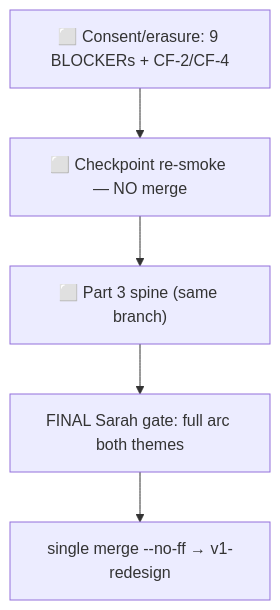
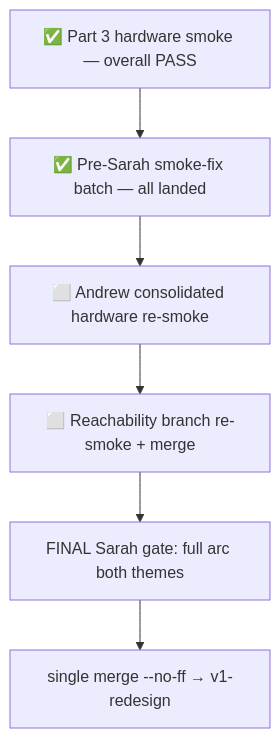
Before and after one commit to Arangarx/tutoring-notes: the diagram in docs/handoff/ORCHESTRATOR-STATE.md, drawn with Mermaid. The commit also changed other lines of this file, not shown here.

First line of the commit message:
docs(state): heavy restructure of ORCHESTRATOR-STATE — fold 2026-07-02 evening HEAD, refresh stale table cells (wb-wave5-polish @ db63552, v1-redesign @ bf1a2c3, reachability @ a962171)

````diff
--- a/docs/handoff/ORCHESTRATOR-STATE.md
+++ b/docs/handoff/ORCHESTRATOR-STATE.md
@@ -78,9 +83,10 @@
 ```mermaid
 flowchart TD
-  CE["⬜ Consent/erasure: 9 BLOCKERs + CF-2/CF-4"]
-  CP["⬜ Checkpoint re-smoke — NO merge"]
-  P3["⬜ Part 3 spine (same branch)"]
+  P3SMOKE["✅ Part 3 hardware smoke — overall PASS"]
+  FIXBATCH["✅ Pre-Sarah smoke-fix batch — all landed"]
+  RESMOKE["⬜ Andrew consolidated hardware re-smoke"]
+  REACH["⬜ Reachability branch re-smoke + merge"]
   GATE["FINAL Sarah gate: full arc both themes"]
   MERGE["single merge --no-ff → v1-redesign"]
-  CE --> CP --> P3 --> GATE --> MERGE
+  P3SMOKE --> FIXBATCH --> RESMOKE --> REACH --> GATE --> MERGE
 ```
````
